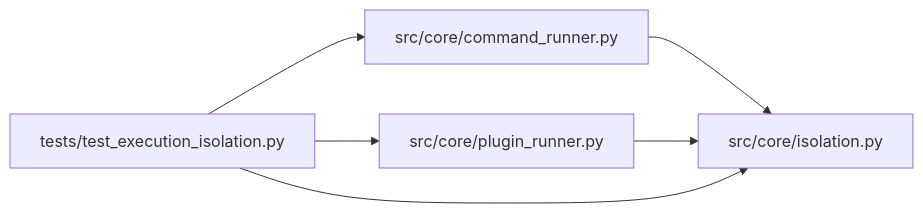
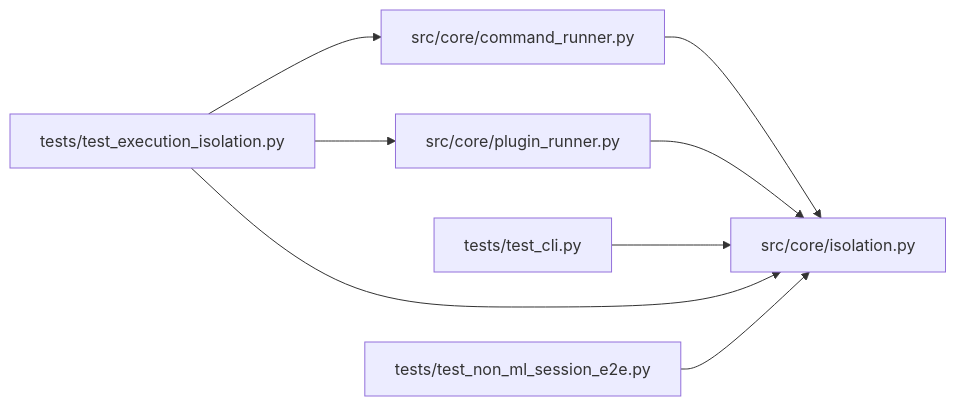
The diagram in docs/llm_wiki/modules/isolation.md (Denissvgn/autoresearch-agent), drawn with Mermaid before and after one commit. The commit also changed other lines of this file and 1033 other files, not shown here.

````diff
--- a/docs/llm_wiki/modules/isolation.md
+++ b/docs/llm_wiki/modules/isolation.md
@@ -58,16 +58,22 @@
 ```mermaid
 flowchart LR
     n0["src/core/command_runner.py"]
     n1["src/core/isolation.py"]
     n2["src/core/plugin_runner.py"]
-    n3["tests/test_execution_isolation.py"]
+    n3["tests/test_cli.py"]
+    n4["tests/test_execution_isolation.py"]
+    n5["tests/test_non_ml_session_e2e.py"]
     n0 --> n1
     n2 --> n1
-    n3 --> n0
     n3 --> n1
-    n3 --> n2
+    n4 --> n0
+    n4 --> n1
+    n4 --> n2
+    n5 --> n1
     click n0 "../modules/command_runner.md"
     click n1 "../modules/isolation.md"
     click n2 "../modules/plugin_runner.md"
-    click n3 "../modules/test_execution_isolation.md"
+    click n3 "../modules/test_cli.md"
+    click n4 "../modules/test_execution_isolation.md"
+    click n5 "../modules/test_non_ml_session_e2e.md"
 ```
````
